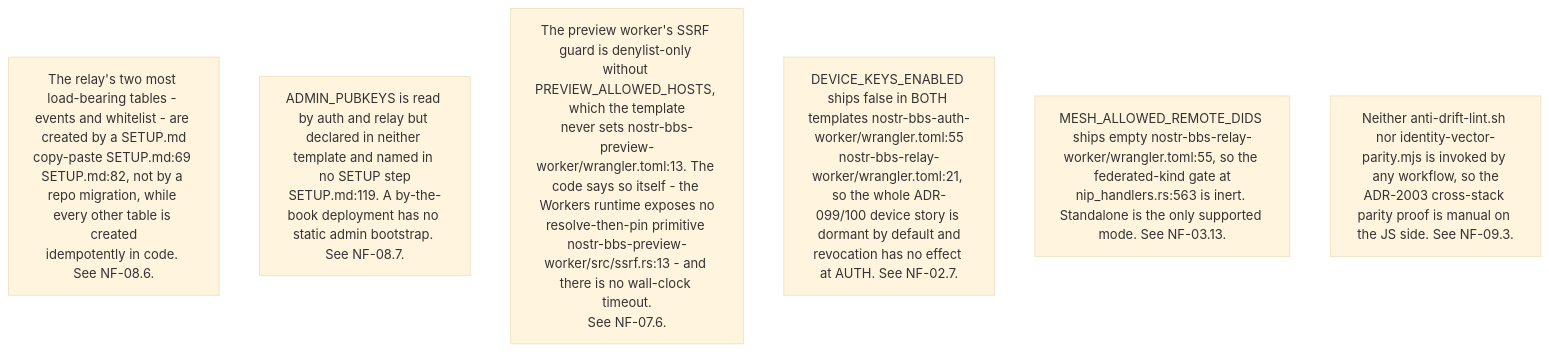
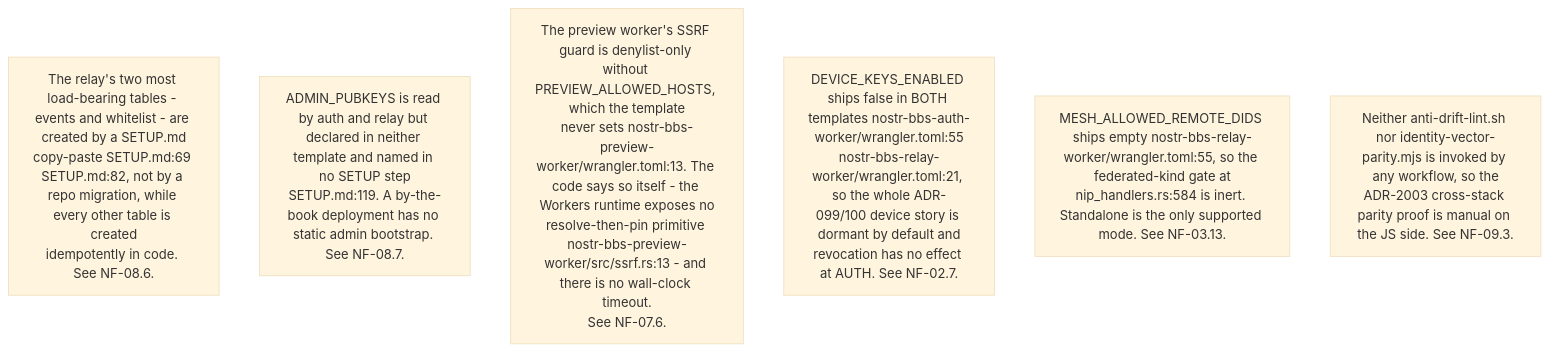
The seventh of 10 diagrams in docs/diagrams/nostr-rust-forum/10-invariants-and-anomaly-register.md (DreamLab-AI/VisionFlow), drawn with Mermaid (base theme) before and after one commit. The commit also changed other lines of this file and 52 other files, not shown here.

First line of the commit message:
docs(diagrams): wave 3 checkpoint — bare line refs resolved, revision-pinned cite-check, VC-05/AB-01..13 re-attested

````diff
--- a/docs/diagrams/nostr-rust-forum/10-invariants-and-anomaly-register.md
+++ b/docs/diagrams/nostr-rust-forum/10-invariants-and-anomaly-register.md
@@ -143,9 +143,9 @@
 ```mermaid
 flowchart TB
     S1["The relay's two most load-bearing tables - events and whitelist - are created by a SETUP.md<br/>copy-paste SETUP.md:69 SETUP.md:82, not by a repo migration, while every other table is created<br/>idempotently in code. See NF-08.6."]
     S2["ADMIN_PUBKEYS is read by auth and relay but declared in neither template and named in no SETUP step<br/>SETUP.md:119. A by-the-book deployment has no static admin bootstrap. See NF-08.7."]
     S3["The preview worker's SSRF guard is denylist-only without PREVIEW_ALLOWED_HOSTS, which the template<br/>never sets nostr-bbs-preview-worker/wrangler.toml:13. The code says so itself - the Workers runtime exposes no<br/>resolve-then-pin primitive nostr-bbs-preview-worker/src/ssrf.rs:13 - and there is no wall-clock timeout.<br/>See NF-07.6."]
     S4["DEVICE_KEYS_ENABLED ships false in BOTH templates nostr-bbs-auth-worker/wrangler.toml:55<br/>nostr-bbs-relay-worker/wrangler.toml:21, so the whole ADR-099/100 device story is dormant by default and<br/>revocation has no effect at AUTH. See NF-02.7."]
-    S5["MESH_ALLOWED_REMOTE_DIDS ships empty nostr-bbs-relay-worker/wrangler.toml:55, so the federated-kind gate at<br/>nip_handlers.rs:563 is inert. Standalone is the only supported mode. See NF-03.13."]
+    S5["MESH_ALLOWED_REMOTE_DIDS ships empty nostr-bbs-relay-worker/wrangler.toml:55, so the federated-kind gate at<br/>nip_handlers.rs:584 is inert. Standalone is the only supported mode. See NF-03.13."]
     S6["Neither anti-drift-lint.sh nor identity-vector-parity.mjs is invoked by any workflow, so the<br/>ADR-2003 cross-stack parity proof is manual on the JS side. See NF-09.3."]
 ```
````
